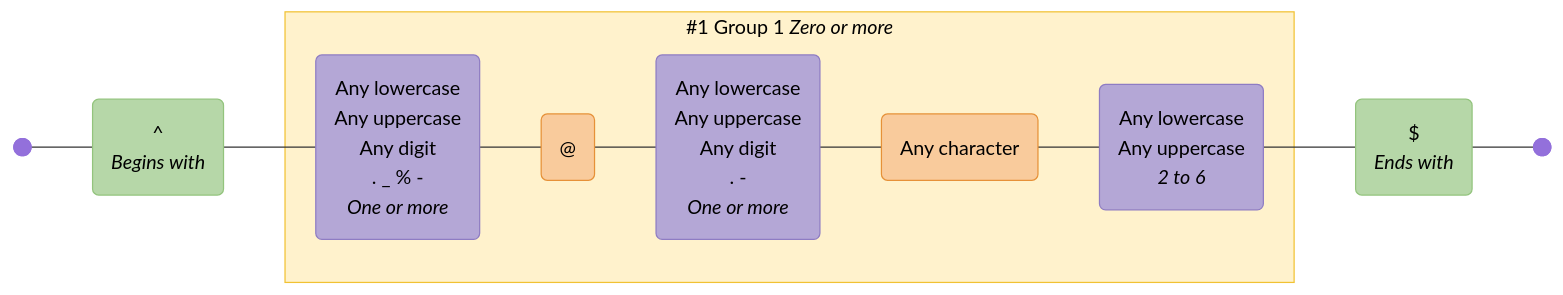
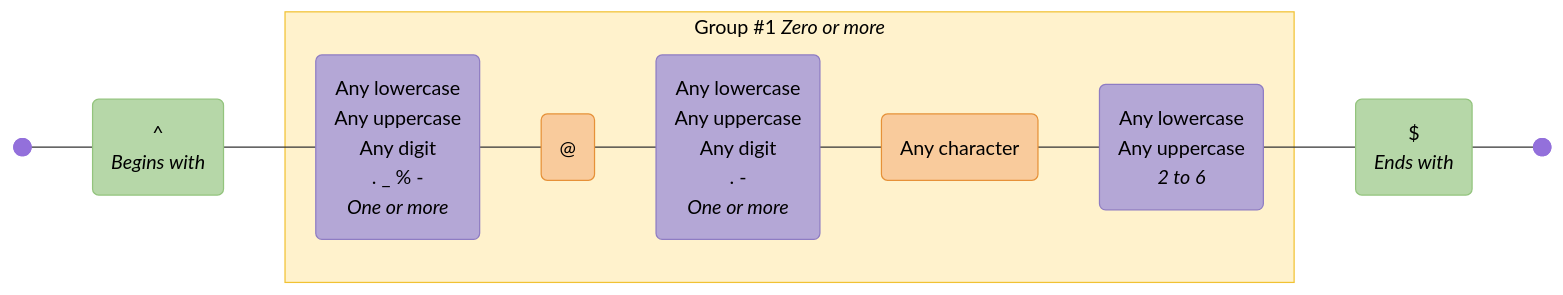
The diagram in diagrams/email-address.mermaid (tayles/regex-to-mermaid), drawn with Mermaid before and after one commit. The commit also changed 58 other files, not shown here.

```diff
--- a/diagrams/email-address.mermaid
+++ b/diagrams/email-address.mermaid
@@ -1,45 +1,45 @@
 graph LR
   accTitle: "Regex: ^([a-zA-Z0-9._%-]+@[a-zA-Z0-9.-]+\\.[a-zA-Z]{2,6})*$"
   accDescr: "Generated with regex-to-mermaid@1.1.0"
 
   %% Nodes
   start@{ shape: f-circ };
   fin@{ shape: f-circ };
   assertion_1("^<br><i>Begins with</i>"):::assertion;
   char_class_1("Any lowercase<br>Any uppercase<br>Any digit<br>. _ % -<br><i>One or more</i>"):::char-class;
   literal_1("@"):::literal;
   char_class_2("Any lowercase<br>Any uppercase<br>Any digit<br>. -<br><i>One or more</i>"):::char-class;
   literal_2("Any character"):::literal;
   char_class_3("Any lowercase<br>Any uppercase<br><i>2 to 6</i>"):::char-class;
   assertion_2("$<br><i>Ends with</i>"):::assertion;
 
   %% Subgraphs
-  subgraph standard_1 ["#1 Group 1 <i>Zero or more</i>"]
+  subgraph standard_1 ["Group #1 <i>Zero or more</i>"]
     char_class_1
     literal_1
     char_class_2
     literal_2
     char_class_3
   end
 
   %% Edges
   start --- assertion_1;
   assertion_1 --- char_class_1;
   char_class_1 --- literal_1;
   literal_1 --- char_class_2;
   char_class_2 --- literal_2;
   literal_2 --- char_class_3;
   char_class_3 --- assertion_2;
   assertion_2 --- fin;
 
   %% Styles
   %% Node Styling
   classDef assertion fill:#B6D7A8,stroke:#93C47D,color:#000000;
   classDef char-class fill:#B4A7D6,stroke:#8E7CC3,color:#000000;
   classDef literal fill:#F9CB9C,stroke:#E69138,color:#000000;
 
   %% Group Styling
   classDef standard fill:#FFF2CC,stroke:#F1C232,color:#000000;
 
   %% Apply Group Classes
   class standard_1 standard;
```
